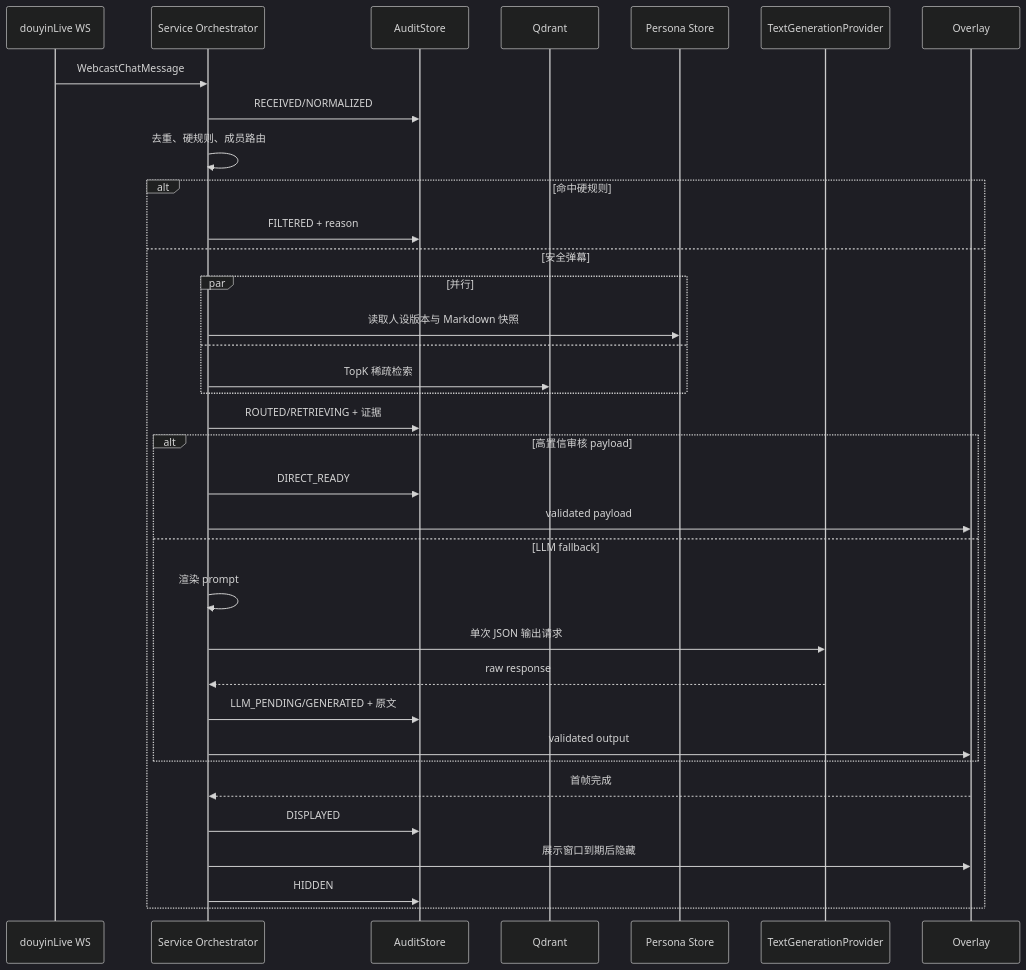
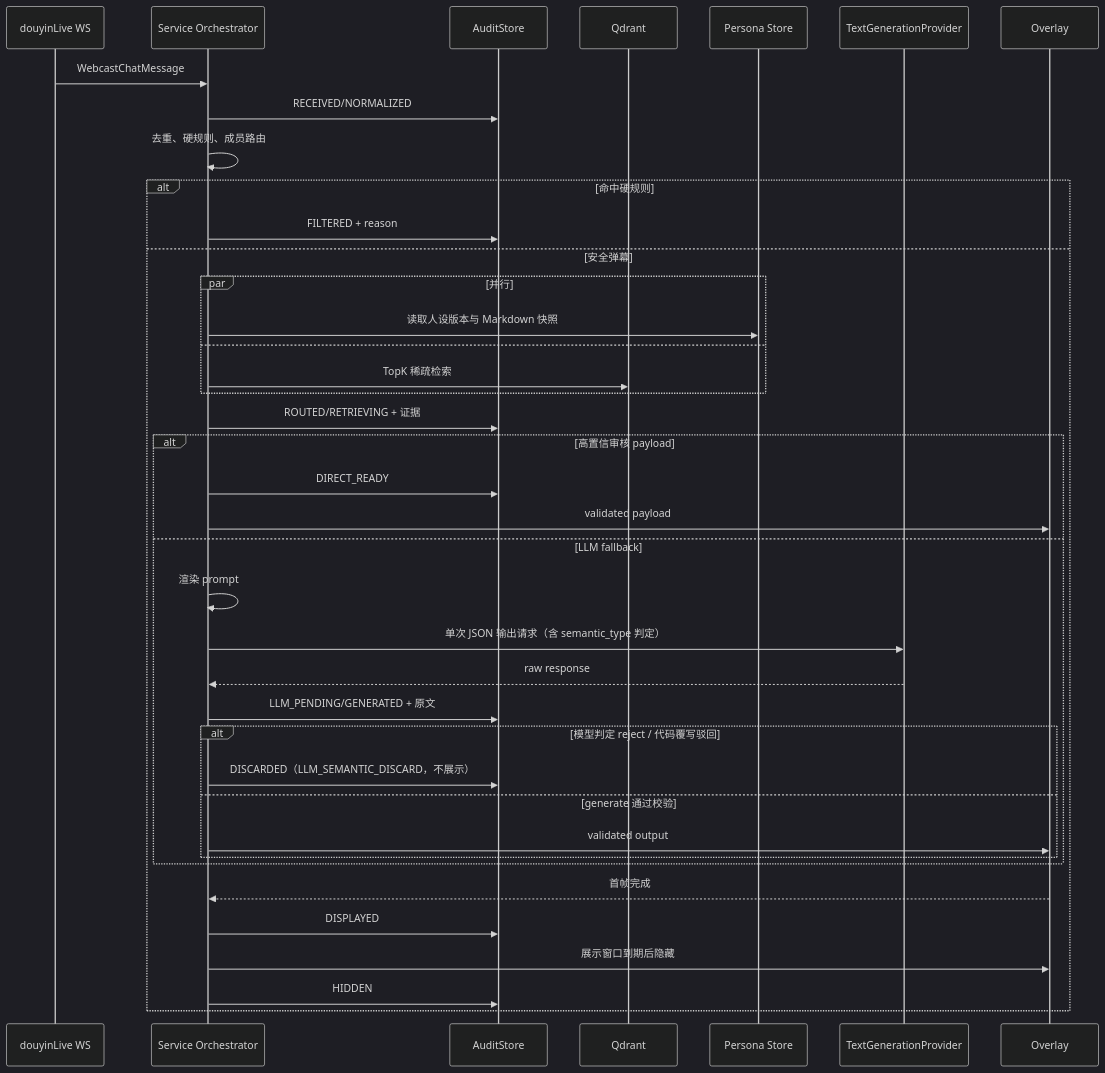
One commit to Ahsen17/douyin-echocue-standalone changed the third of 4 diagrams in docs/04-architecture/Echocue-系统架构与详细设计说明书-v0.1.md. Above: the diagram before and after it, drawn with Mermaid (dark theme). The commit also changed other lines of this file and 33 other files, not shown here.

First line of the commit message:
feat(llm-semantic-reject): LLM 单次调用集成语义判断，低价值/风险弹幕直接驳回

````diff
--- a/docs/04-architecture/Echocue-系统架构与详细设计说明书-v0.1.md
+++ b/docs/04-architecture/Echocue-系统架构与详细设计说明书-v0.1.md
@@ -68,38 +68,42 @@
 ```mermaid
 sequenceDiagram
   participant WS as douyinLive WS
   participant S as Service Orchestrator
   participant A as AuditStore
   participant Q as Qdrant
   participant P as Persona Store
   participant D as TextGenerationProvider
   participant O as Overlay
 
   WS->>S: WebcastChatMessage
   S->>A: RECEIVED/NORMALIZED
   S->>S: 去重、硬规则、成员路由
   alt 命中硬规则
     S->>A: FILTERED + reason
   else 安全弹幕
     par 并行
       S->>P: 读取人设版本与 Markdown 快照
     and
       S->>Q: TopK 稀疏检索
     end
     S->>A: ROUTED/RETRIEVING + 证据
     alt 高置信审核 payload
       S->>A: DIRECT_READY
       S->>O: validated payload
     else LLM fallback
       S->>S: 渲染 prompt
-      S->>D: 单次 JSON 输出请求
+      S->>D: 单次 JSON 输出请求（含 semantic_type 判定）
       D-->>S: raw response
       S->>A: LLM_PENDING/GENERATED + 原文
-      S->>O: validated output
+      alt 模型判定 reject / 代码覆写驳回
+        S->>A: DISCARDED（LLM_SEMANTIC_DISCARD，不展示）
+      else generate 通过校验
+        S->>O: validated output
+      end
     end
     O-->>S: 首帧完成
     S->>A: DISPLAYED
     S->>O: 展示窗口到期后隐藏
     S->>A: HIDDEN
   end
 ```
````
